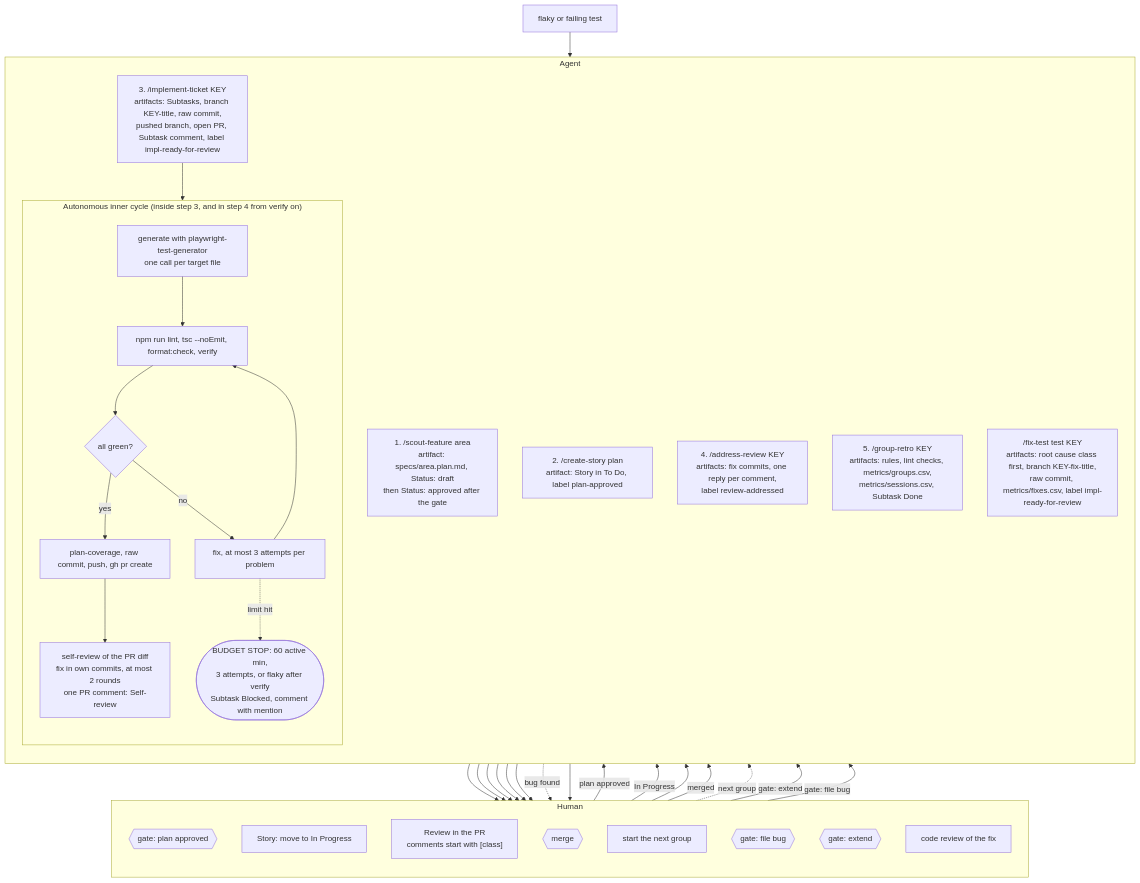
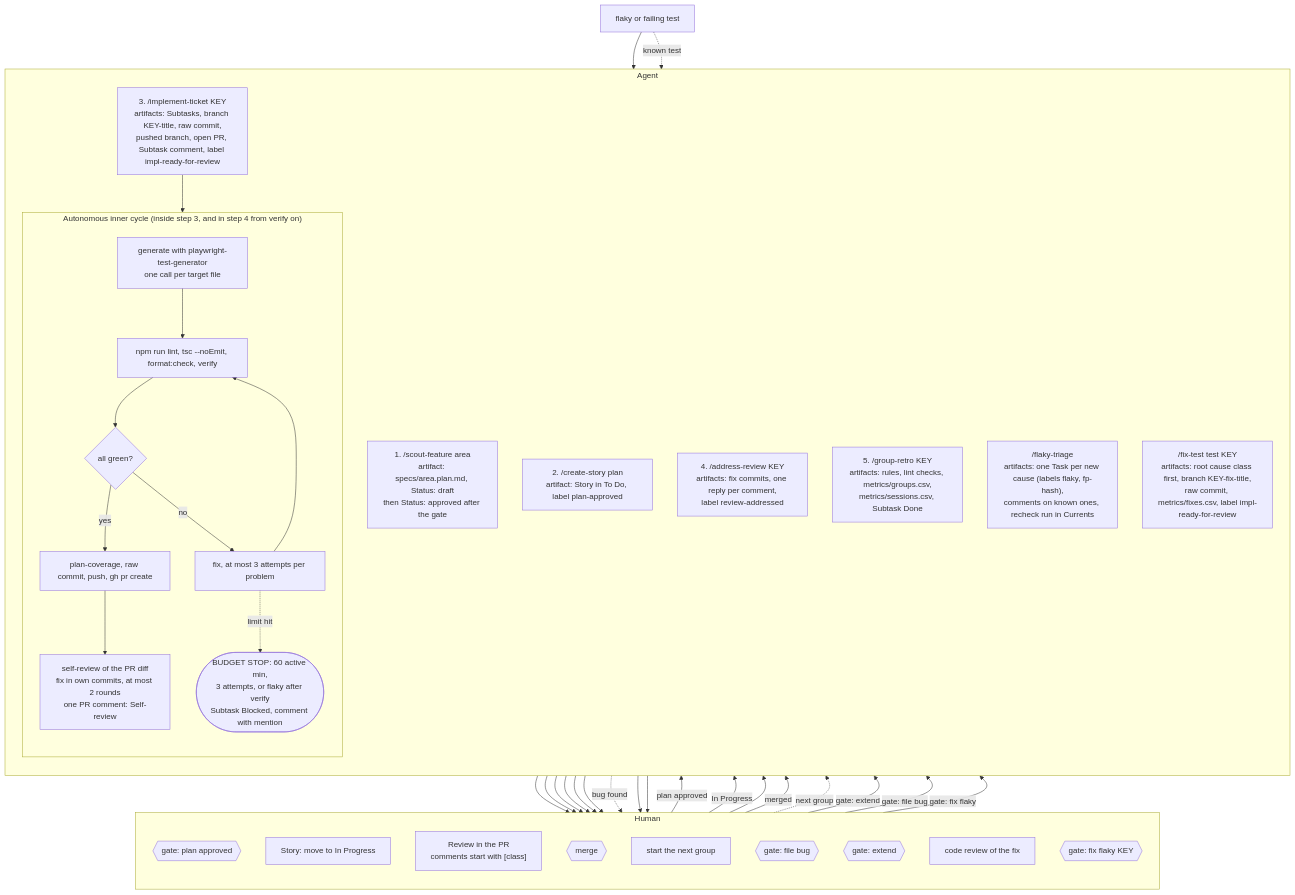
One commit to domovou69/playwright changed the first of 2 diagrams in specs/loop-map.md. Above: the diagram before and after it, drawn with Mermaid. The commit also changed other lines of this file and 3 other files, not shown here.

Commit message:
add: flaky triage command, recheck workflow and @FLAKY tag

````diff
--- a/specs/loop-map.md
+++ b/specs/loop-map.md
@@ -9,60 +9,65 @@
 ```mermaid
 flowchart TB
     subgraph Human["Human"]
         direction TB
         H1{{"gate: plan approved"}}
         H2["Story: move to In Progress"]
         H3["Review in the PR<br/>comments start with [class]"]
         H4{{"merge"}}
         H5["start the next group"]
         HB{{"gate: file bug"}}
         HE{{"gate: extend"}}
         HF["code review of the fix"]
+        HG{{"gate: fix flaky KEY"}}
     end
 
     subgraph Agent["Agent"]
         direction TB
         A1["1. /scout-feature area<br/>artifact: specs/area.plan.md, Status: draft<br/>then Status: approved after the gate"]
         A2["2. /create-story plan<br/>artifact: Story in To Do, label plan-approved"]
         A3["3. /implement-ticket KEY<br/>artifacts: Subtasks, branch KEY-title, raw commit,<br/>pushed branch, open PR, Subtask comment, label impl-ready-for-review"]
         A4["4. /address-review KEY<br/>artifacts: fix commits, one reply per comment,<br/>label review-addressed"]
         A5["5. /group-retro KEY<br/>artifacts: rules, lint checks, metrics/groups.csv,<br/>metrics/sessions.csv, Subtask Done"]
+        AF["/flaky-triage<br/>artifacts: one Task per new cause (labels flaky, fp-hash),<br/>comments on known ones, recheck run in Currents"]
         AM["/fix-test test KEY<br/>artifacts: root cause class first, branch KEY-fix-title,<br/>raw commit, metrics/fixes.csv, label impl-ready-for-review"]
 
         subgraph Inner["Autonomous inner cycle (inside step 3, and in step 4 from verify on)"]
             direction TB
             I1["generate with playwright-test-generator<br/>one call per target file"]
             I2["npm run lint, tsc --noEmit, format:check, verify"]
             I3{"all green?"}
             I4["fix, at most 3 attempts per problem"]
             I5["plan-coverage, raw commit, push, gh pr create"]
             I6["self-review of the PR diff<br/>fix in own commits, at most 2 rounds<br/>one PR comment: Self-review"]
             I7(["BUDGET STOP: 60 active min,<br/>3 attempts, or flaky after verify<br/>Subtask Blocked, comment with mention"])
             I1 --> I2 --> I3
             I3 -- no --> I4 --> I2
             I3 -- yes --> I5 --> I6
             I4 -. "limit hit" .-> I7
         end
     end
 
     A1 --> H1
     H1 -- "plan approved" --> A2
     A2 --> H2
     H2 -- "In Progress" --> A3
     A3 --> I1
     I6 --> H3
     H3 --> A4
     A4 --> H4
     H4 -- "merged" --> A5
     A5 --> H5
     H5 -. "next group" .-> A3
 
     I7 --> HE
     HE -- "gate: extend" --> A3
     A3 -. "bug found" .-> HB
     HB -- "gate: file bug" --> A3
 
     HF
     AM --> HF
-    FT["flaky or failing test"] --> AM
+    FT["flaky or failing test"] --> AF
+    AF --> HG
+    HG -- "gate: fix flaky" --> AM
+    FT -. "known test" .-> AM
 ```
````
